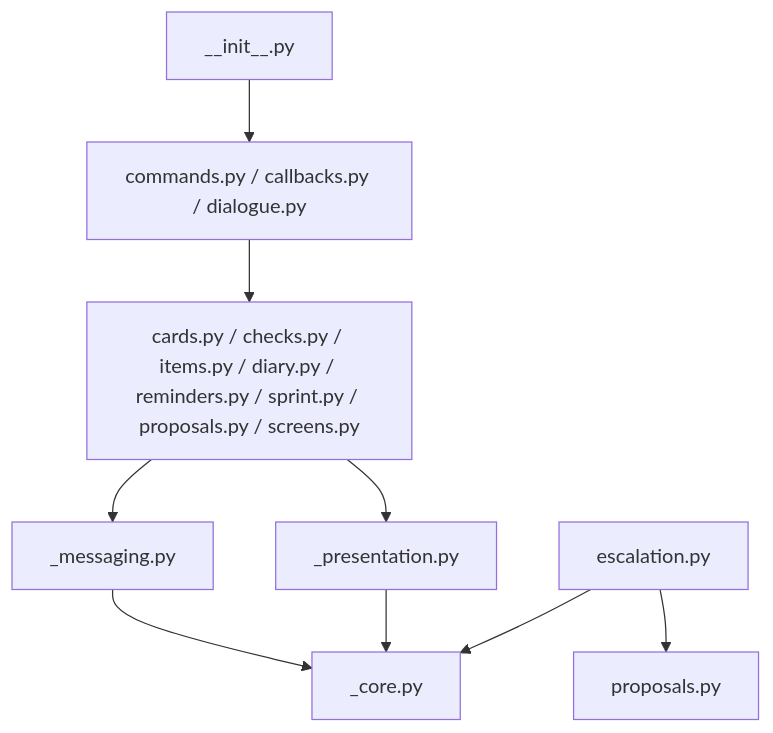
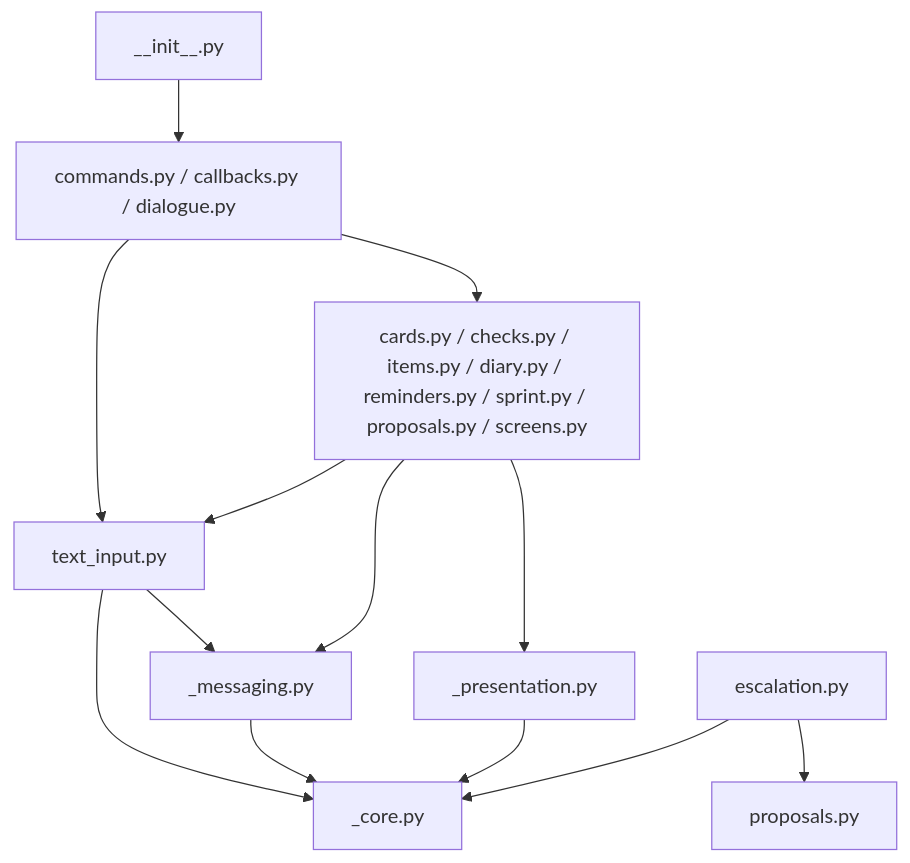
Before and after one commit to myvaheed/tg-ai-safwa: the seventh of 12 diagrams in docs/STRUCTURE_GRAPH.md, drawn with Mermaid. The commit also changed other lines of this file and 12 other files, not shown here.

````diff
--- a/docs/STRUCTURE_GRAPH.md
+++ b/docs/STRUCTURE_GRAPH.md
@@ -213,11 +213,15 @@
 ```mermaid
 flowchart TD
     HANDLERS["commands.py / callbacks.py / dialogue.py"] --> FEATURES["cards.py / checks.py / items.py / diary.py / reminders.py / sprint.py / proposals.py / screens.py"]
+    HANDLERS --> TEXT_INPUT["text_input.py"]
+    FEATURES --> TEXT_INPUT
+    TEXT_INPUT --> IO
+    TEXT_INPUT --> CORE
     FEATURES --> IO["_messaging.py"]
     FEATURES --> VIEW["_presentation.py"]
     IO --> CORE["_core.py"]
     VIEW --> CORE
     ESC["escalation.py"] --> PROPOSALS["proposals.py"]
     ESC --> CORE
     INIT["__init__.py"] --> HANDLERS
 ```
````
